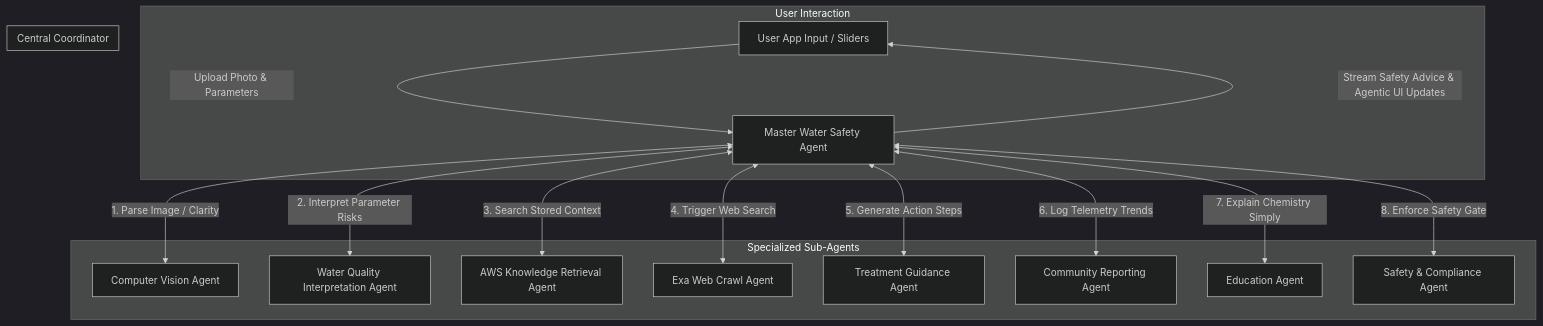
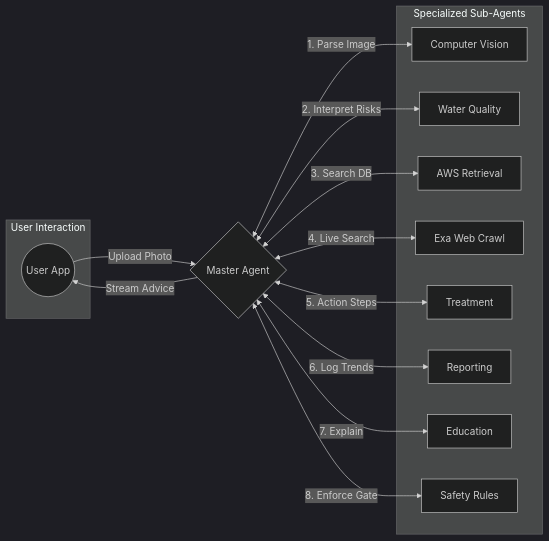
The second of 4 diagrams in README.md (darrendariustan/soar-water-quality-copilot), drawn with Mermaid (dark theme) before and after one commit. The commit also changed other lines of this file, not shown here.

Commit message:
updated mermaid diagram for AI agents

````diff
--- a/README.md
+++ b/README.md
@@ -105,31 +104,31 @@
 ```mermaid
-graph TD
+graph LR
     subgraph UI [User Interaction]
-        User[User App Input / Sliders] -->|Upload Photo & Parameters| Master[Master Water Safety Agent]
-        Master -->|Stream Safety Advice & Agentic UI Updates| User
+        User((User App))
     end
 
-    subgraph Hub [Central Coordinator]
-        Master
+    Master{Master Agent}
+
+    subgraph Specialists [Specialized Sub-Agents]
+        CV[Computer Vision]
+        WQ[Water Quality]
+        AWS_Agent[AWS Retrieval]
+        Exa[Exa Web Crawl]
+        Treat[Treatment]
+        Report[Reporting]
+        Edu[Education]
+        Safety[Safety Rules]
     end
 
-    subgraph Spokes [Specialized Sub-Agents]
-        CV[Computer Vision Agent]
-        WQ[Water Quality Interpretation Agent]
-        AWS_Agent[AWS Knowledge Retrieval Agent]
-        Exa[Exa Web Crawl Agent]
-        Treat[Treatment Guidance Agent]
-        Report[Community Reporting Agent]
-        Edu[Education Agent]
-        Safety[Safety & Compliance Agent]
-    end
+    User -->|Upload Photo| Master
+    Master -->|Stream Advice| User
 
-    Master <-->|1. Parse Image / Clarity| CV
-    Master <-->|2. Interpret Parameter Risks| WQ
-    Master <-->|3. Search Stored Context| AWS_Agent
-    Master <-->|4. Trigger Web Search| Exa
-    Master <-->|5. Generate Action Steps| Treat
-    Master <-->|6. Log Telemetry Trends| Report
-    Master <-->|7. Explain Chemistry Simply| Edu
-    Master <-->|8. Enforce Safety Gate| Safety
+    Master <-->|1. Parse Image| CV
+    Master <-->|2. Interpret Risks| WQ
+    Master <-->|3. Search DB| AWS_Agent
+    Master <-->|4. Live Search| Exa
+    Master <-->|5. Action Steps| Treat
+    Master <-->|6. Log Trends| Report
+    Master <-->|7. Explain| Edu
+    Master <-->|8. Enforce Gate| Safety
 ```
````
